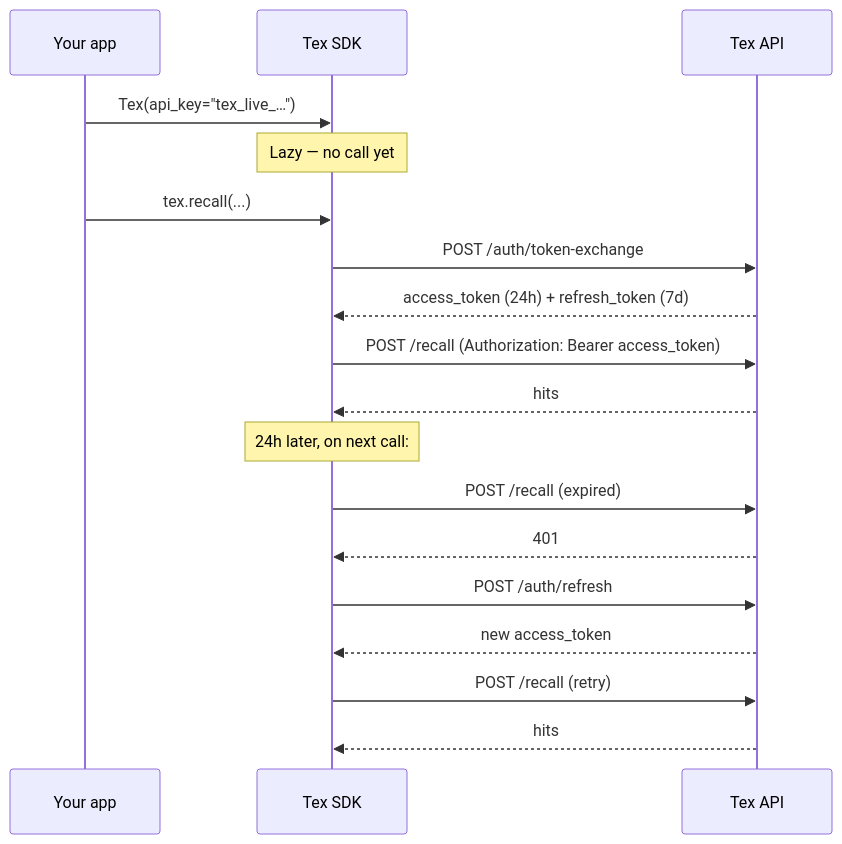
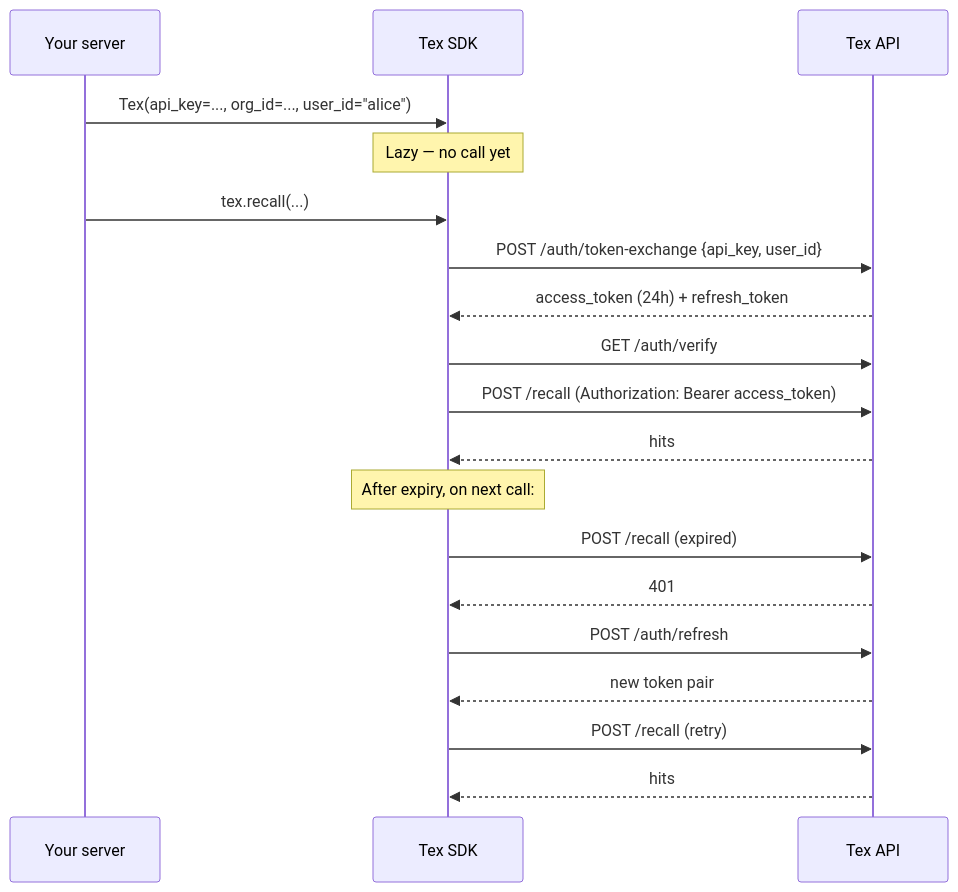
One commit to metacoglabs/docs changed the diagram in authentication.mdx. Above: the diagram before and after it, drawn with Mermaid. The commit also changed other lines of this file and 44 other files, not shown here.

````diff
--- a/authentication.mdx
+++ b/authentication.mdx
@@ -10,22 +10,23 @@
 ```mermaid
 sequenceDiagram
-    participant App as Your app
+    participant App as Your server
     participant SDK as Tex SDK
     participant API as Tex API
 
-    App->>SDK: Tex(api_key="tex_live_…")
+    App->>SDK: Tex(api_key=..., org_id=..., user_id="alice")
     Note over SDK: Lazy — no call yet
     App->>SDK: tex.recall(...)
-    SDK->>API: POST /auth/token-exchange
-    API-->>SDK: access_token (24h) + refresh_token (7d)
+    SDK->>API: POST /auth/token-exchange {api_key, user_id}
+    API-->>SDK: access_token (24h) + refresh_token
+    SDK->>API: GET /auth/verify
     SDK->>API: POST /recall (Authorization: Bearer access_token)
     API-->>SDK: hits
 
-    Note over SDK: 24h later, on next call:
+    Note over SDK: After expiry, on next call:
     SDK->>API: POST /recall (expired)
     API-->>SDK: 401
     SDK->>API: POST /auth/refresh
-    API-->>SDK: new access_token
+    API-->>SDK: new token pair
     SDK->>API: POST /recall (retry)
     API-->>SDK: hits
 ```
````
